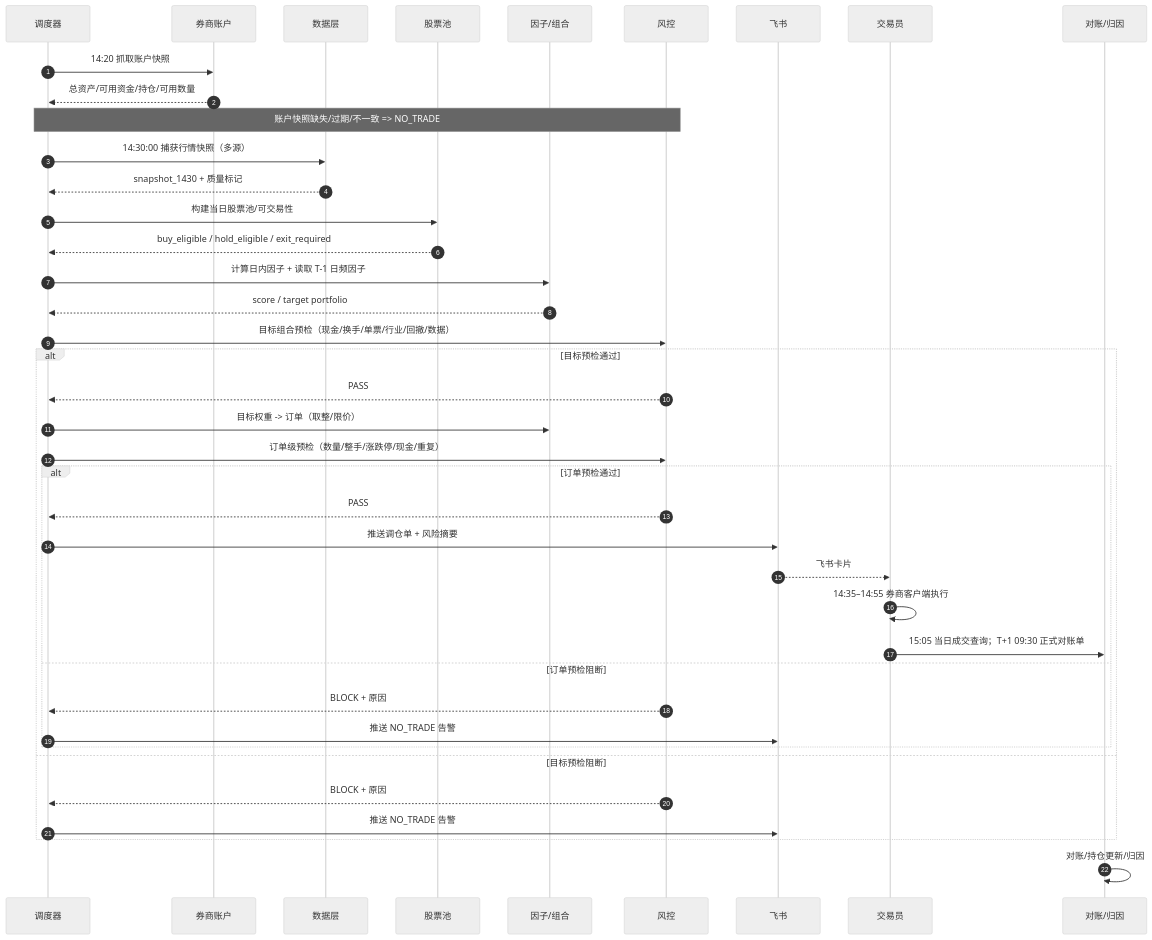
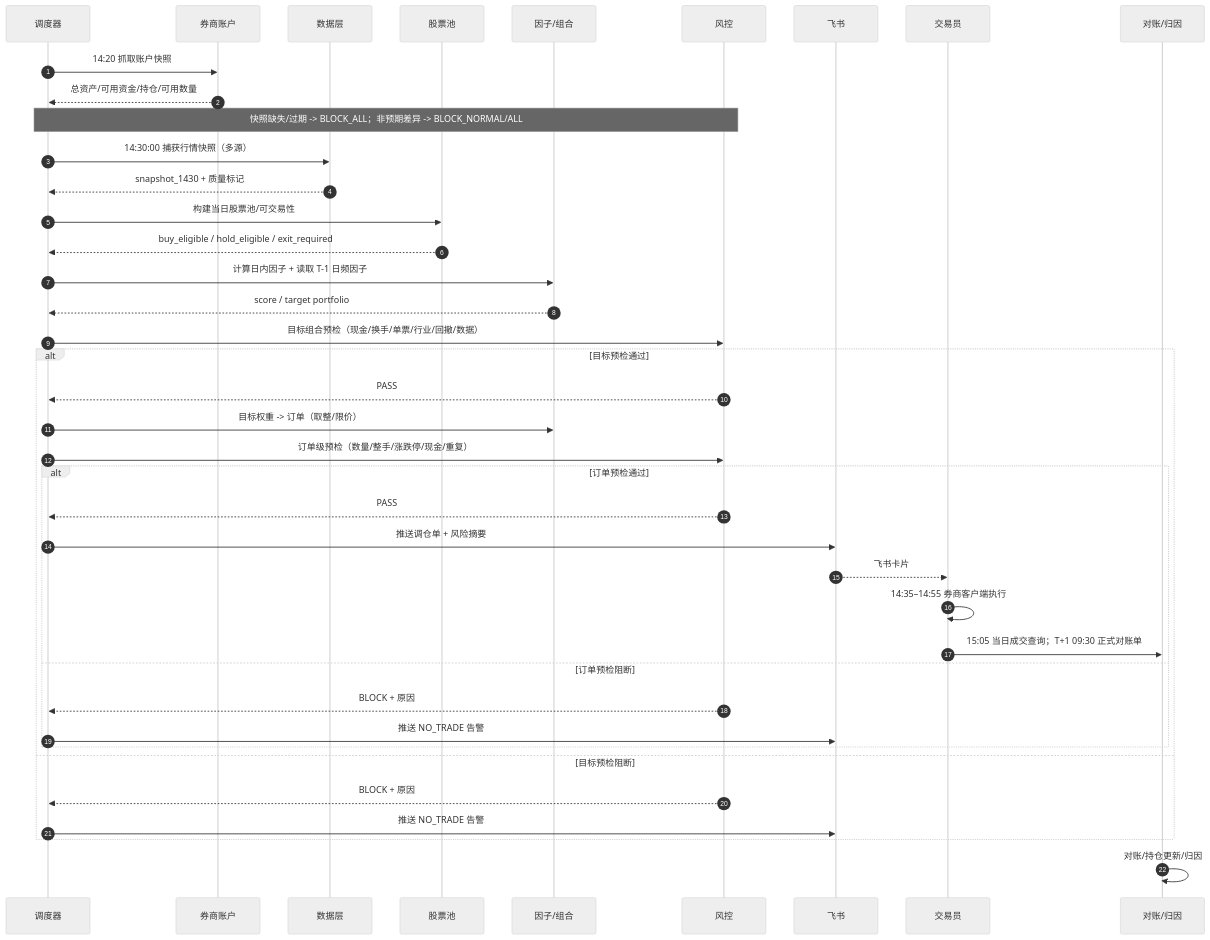
Before and after one commit to shanghaitechXHF/quantx: the second of 3 diagrams in docs/design.md, drawn with Mermaid (neutral theme). The commit also changed other lines of this file and 1 other file, not shown here.

````diff
--- a/docs/design.md
+++ b/docs/design.md
@@ -489,43 +514,43 @@
 ```mermaid
 sequenceDiagram
     autonumber
     participant SCH as 调度器
     participant ACC as 券商账户
     participant DATA as 数据层
     participant UNI as 股票池
     participant FACT as 因子/组合
     participant RISK as 风控
     participant IM as 飞书
     participant HUM as 交易员
     participant OPS as 对账/归因
 
     SCH->>ACC: 14:20 抓取账户快照
     ACC-->>SCH: 总资产/可用资金/持仓/可用数量
-    Note over SCH,RISK: 账户快照缺失/过期/不一致 => NO_TRADE
+    Note over SCH,RISK: 快照缺失/过期 -> BLOCK_ALL；非预期差异 -> BLOCK_NORMAL/ALL
     SCH->>DATA: 14:30:00 捕获行情快照（多源）
     DATA-->>SCH: snapshot_1430 + 质量标记
     SCH->>UNI: 构建当日股票池/可交易性
     UNI-->>SCH: buy_eligible / hold_eligible / exit_required
     SCH->>FACT: 计算日内因子 + 读取 T-1 日频因子
     FACT-->>SCH: score / target portfolio
     SCH->>RISK: 目标组合预检（现金/换手/单票/行业/回撤/数据）
     alt 目标预检通过
         RISK-->>SCH: PASS
         SCH->>FACT: 目标权重 -> 订单（取整/限价）
         SCH->>RISK: 订单级预检（数量/整手/涨跌停/现金/重复）
         alt 订单预检通过
             RISK-->>SCH: PASS
             SCH->>IM: 推送调仓单 + 风险摘要
             IM-->>HUM: 飞书卡片
             HUM->>HUM: 14:35–14:55 券商客户端执行
             HUM->>OPS: 15:05 当日成交查询；T+1 09:30 正式对账单
         else 订单预检阻断
             RISK-->>SCH: BLOCK + 原因
             SCH->>IM: 推送 NO_TRADE 告警
         end
     else 目标预检阻断
         RISK-->>SCH: BLOCK + 原因
         SCH->>IM: 推送 NO_TRADE 告警
     end
     OPS->>OPS: 对账/持仓更新/归因
 ```
````
